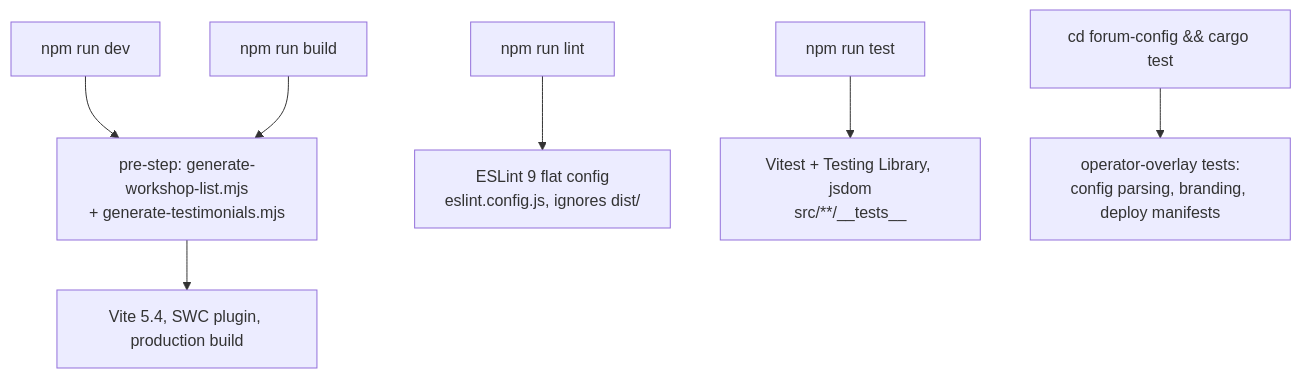
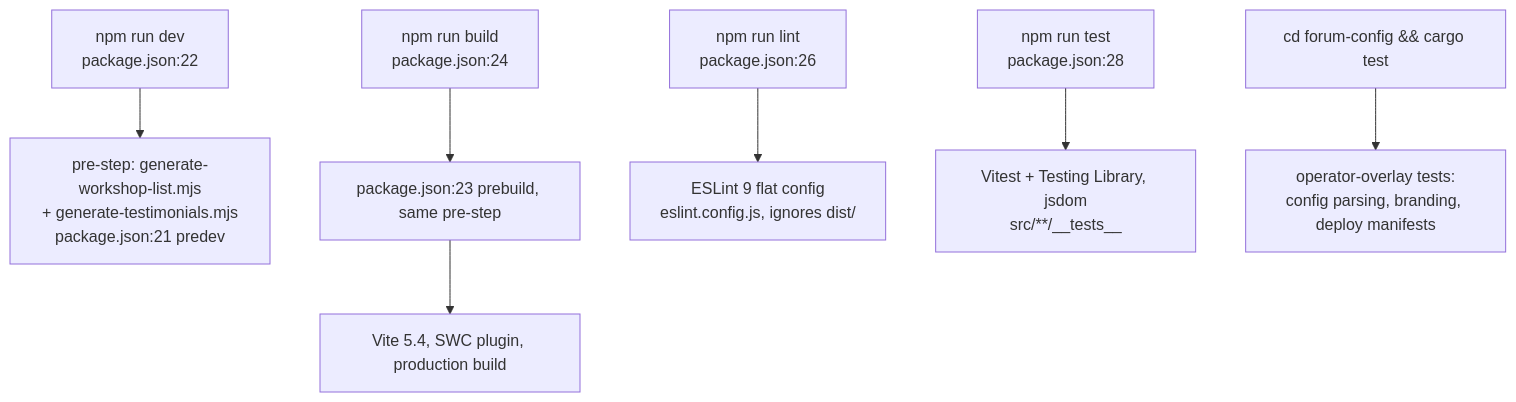
Before and after one commit to DreamLab-AI/VisionFlow: the third of 6 diagrams in docs/diagrams/dreamlab-ai-website/02-site-build-and-pages-deploy.md, drawn with Mermaid. The commit also changed other lines of this file and 185 other files, not shown here.

Commit message:
docs(estate): reconcile diagrams and ADRs with source and define closeout sprint

````diff
--- a/docs/diagrams/dreamlab-ai-website/02-site-build-and-pages-deploy.md
+++ b/docs/diagrams/dreamlab-ai-website/02-site-build-and-pages-deploy.md
@@ -50,9 +51,9 @@
 ```mermaid
 flowchart TB
-    DEV["npm run dev"] --> PRE1["pre-step: generate-workshop-list.mjs<br/>+ generate-testimonials.mjs"]
-    BUILD["npm run build"] --> PRE1
-    PRE1 --> VITE["Vite 5.4, SWC plugin, production build"]
-    LINT["npm run lint"] --> ESLINT["ESLint 9 flat config<br/>eslint.config.js, ignores dist/"]
-    TEST["npm run test"] --> VITEST["Vitest + Testing Library, jsdom<br/>src/**/__tests__"]
+    DEV["npm run dev<br/>package.json:22"] --> PRE1["pre-step: generate-workshop-list.mjs<br/>+ generate-testimonials.mjs<br/>package.json:21 predev"]
+    BUILD["npm run build<br/>package.json:24"] --> PRE1B["package.json:23 prebuild, same pre-step"]
+    PRE1B --> VITE["Vite 5.4, SWC plugin, production build"]
+    LINT["npm run lint<br/>package.json:26"] --> ESLINT["ESLint 9 flat config<br/>eslint.config.js, ignores dist/"]
+    TEST["npm run test<br/>package.json:28"] --> VITEST["Vitest + Testing Library, jsdom<br/>src/**/__tests__"]
     RUSTT["cd forum-config && cargo test"] --> RUSTOVERLAY["operator-overlay tests:<br/>config parsing, branding, deploy manifests"]
 ```
````
